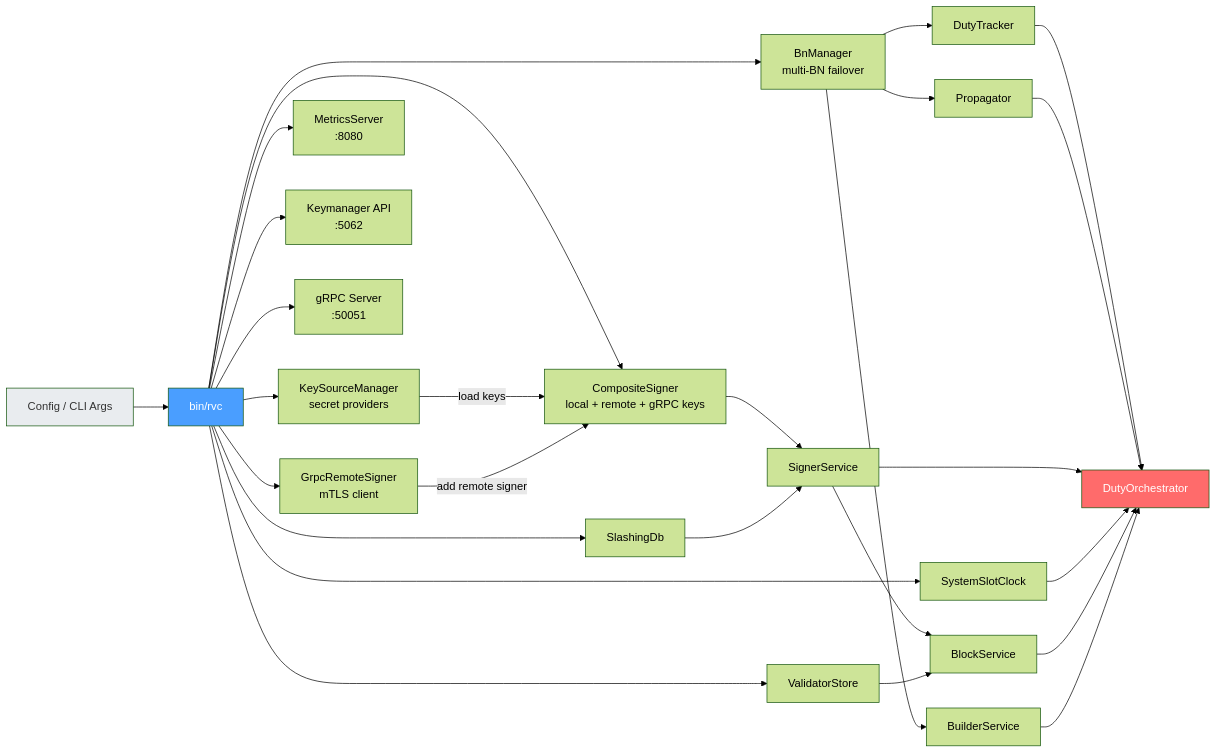
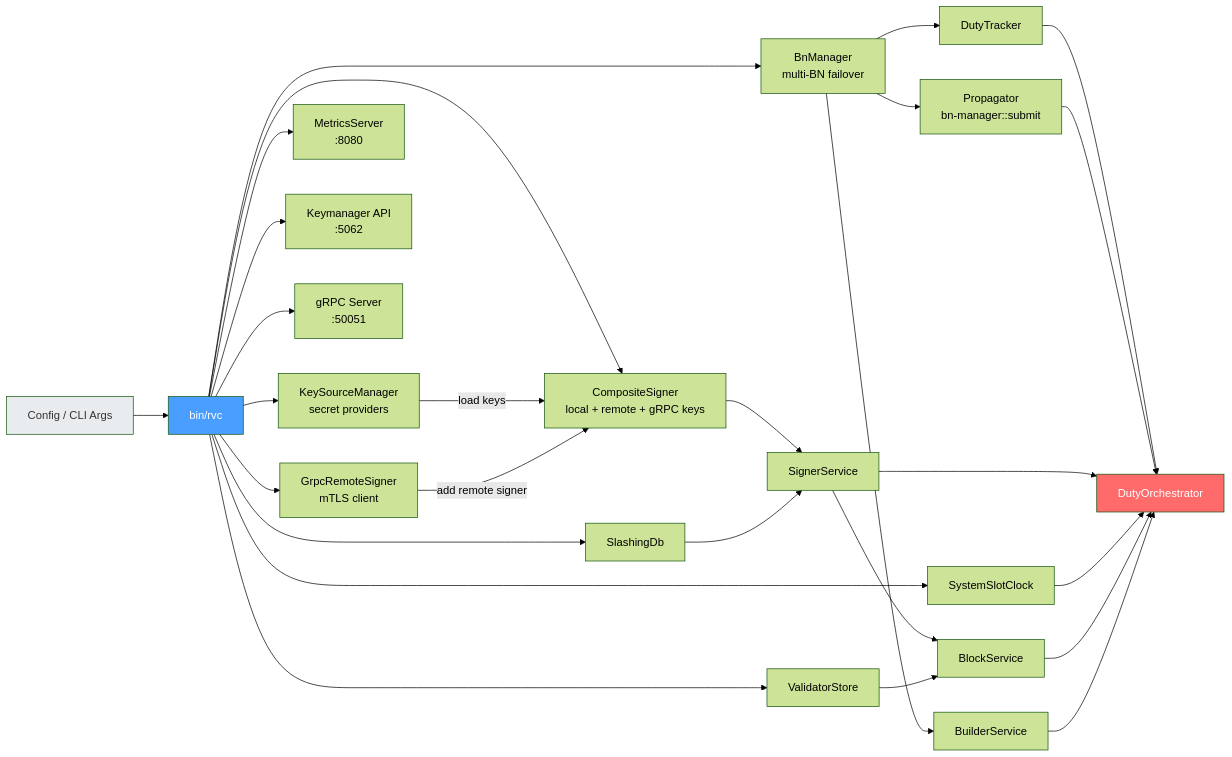
The eighth of 8 diagrams in ARCHITECTURE.md (dsrvlabs/rvc), drawn with Mermaid (forest theme) before and after one commit. The commit also changed other lines of this file and 3 other files, not shown here.

First line of the commit message:
fix(architecture): sync gates and docs with propagator fold and test moves

````diff
--- a/ARCHITECTURE.md
+++ b/ARCHITECTURE.md
@@ -427,40 +424,40 @@
 ```mermaid
 flowchart LR
     CONFIG[Config / CLI Args] --> BIN[bin/rvc]
 
     BIN --> BNM[BnManager<br/>multi-BN failover]
     BIN --> CS[CompositeSigner<br/>local + remote + gRPC keys]
     BIN --> SDB[SlashingDb]
     BIN --> SC[SystemSlotClock]
     BIN --> VS[ValidatorStore]
     BIN --> KSM[KeySourceManager<br/>secret providers]
 
     KSM -->|load keys| CS
     BIN --> GRS[GrpcRemoteSigner<br/>mTLS client]
     GRS -->|add remote signer| CS
 
     BNM --> DT[DutyTracker]
-    BNM --> PROP[Propagator]
+    BNM --> PROP[Propagator<br/>bn-manager::submit]
     BNM --> BUILD[BuilderService]
 
     CS --> SS[SignerService]
     SDB --> SS
 
     SS --> BLOCK[BlockService]
     VS --> BLOCK
 
     DT --> ORCH[DutyOrchestrator]
     PROP --> ORCH
     SS --> ORCH
     SC --> ORCH
     BLOCK --> ORCH
     BUILD --> ORCH
 
     BIN --> MS[MetricsServer<br/>:8080]
     BIN --> KMA[Keymanager API<br/>:5062]
     BIN --> GRPC[gRPC Server<br/>:50051]
 
     style CONFIG fill:#e9ecef,color:#333
     style BIN fill:#4a9eff,color:#fff
     style ORCH fill:#ff6b6b,color:#fff
 ```
````
